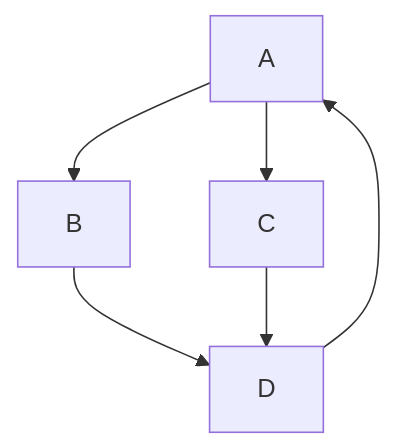
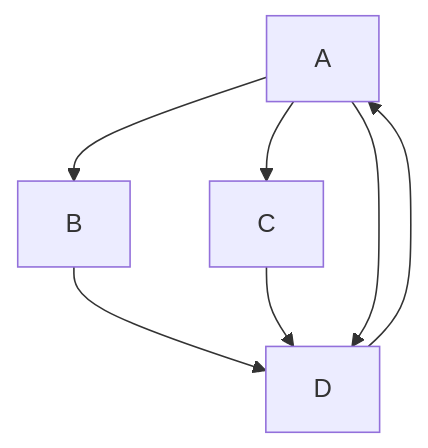
Before and after one commit to TauqeerAhmad5201/graphs: the diagram in README.md, drawn with Mermaid.

Commit message:
added edge

````diff
--- a/README.md
+++ b/README.md
@@ -3,8 +3,9 @@
 ```mermaid
   graph TD;
       A-->B;
       A-->C;
       B-->D;
       C-->D;
       D-->A;
+      A-->D;
 ```
````
